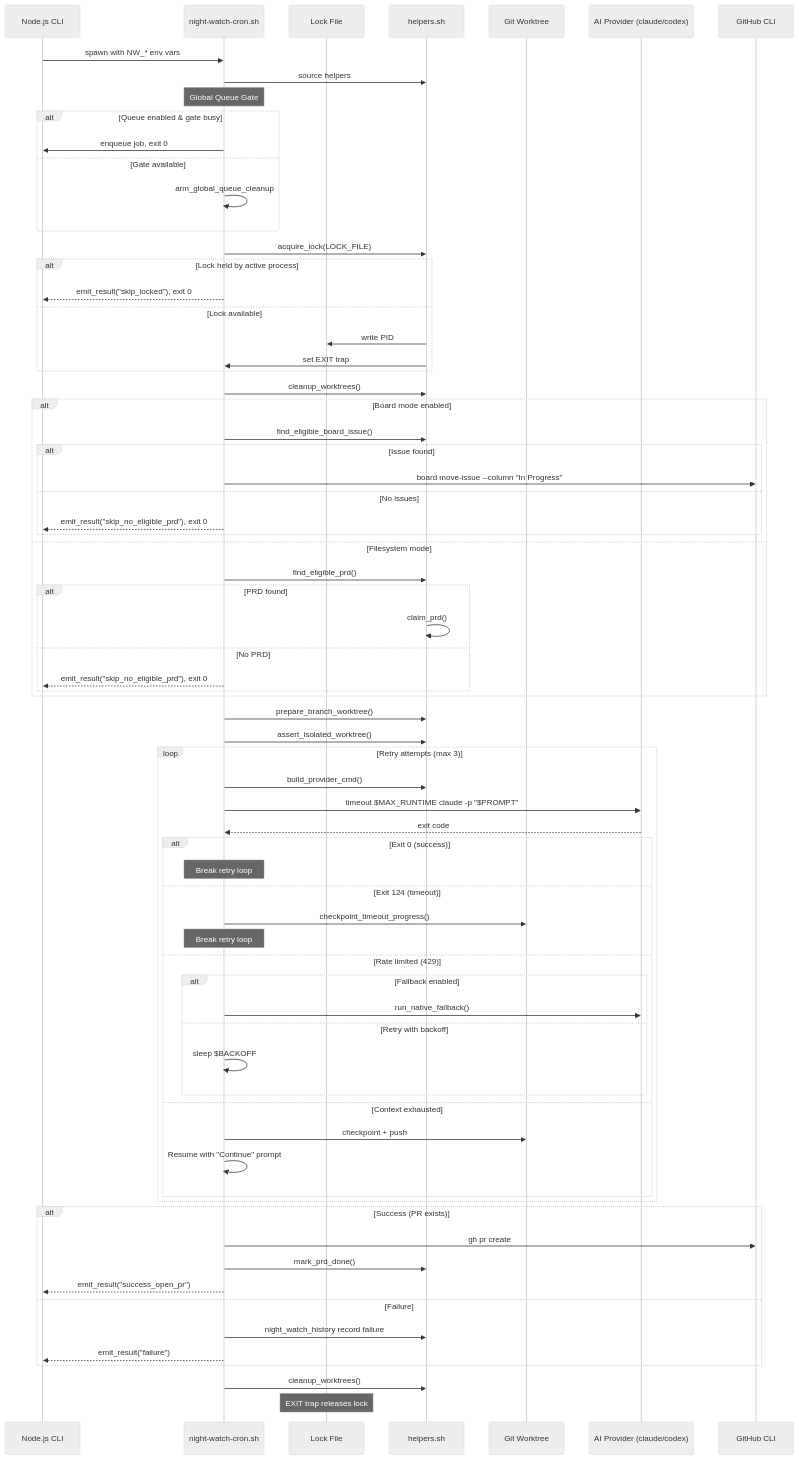
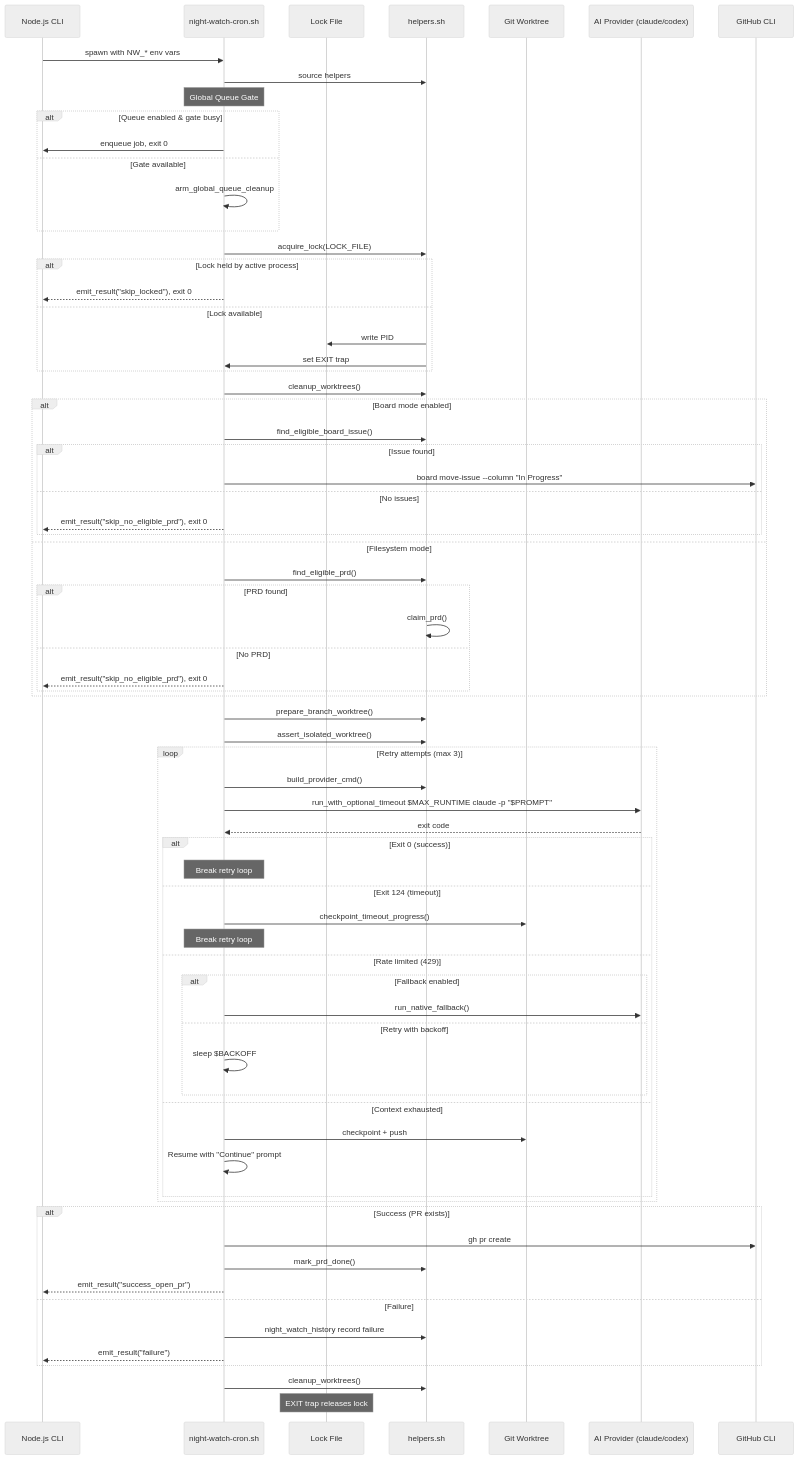
Before and after one commit to jonit-dev/night-watch-cli: the second of 3 diagrams in docs/reference/bash-scripts.md, drawn with Mermaid (neutral theme). The commit also changed other lines of this file and 28 other files, not shown here.

```diff
--- a/docs/reference/bash-scripts.md
+++ b/docs/reference/bash-scripts.md
@@ -122,7 +122,7 @@
 
     loop Retry attempts (max 3)
         CRON->>HELP: build_provider_cmd()
-        CRON->>AI: timeout $MAX_RUNTIME claude -p "$PROMPT"
+        CRON->>AI: run_with_optional_timeout $MAX_RUNTIME claude -p "$PROMPT"
         AI-->>CRON: exit code
 
         alt Exit 0 (success)
```
